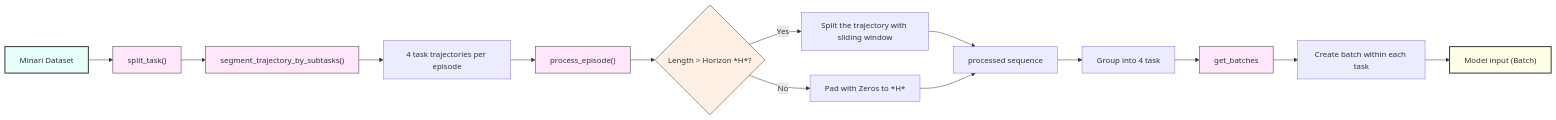
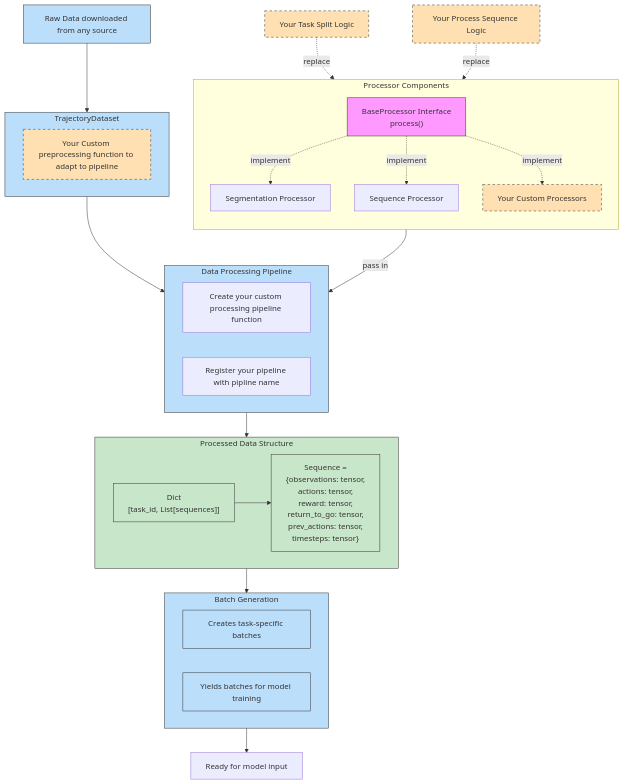
One commit to KevinBian107/Latent-Planning-as-Optimization changed the first of 6 diagrams in data/data_schema.md. Above: the diagram before and after it, drawn with Mermaid. The commit also changed other lines of this file and 9 other files, not shown here.

````diff
--- a/data/data_schema.md
+++ b/data/data_schema.md
@@ -3,41 +3,54 @@
 ```mermaid
-graph LR
-    %% Load and Start
-    A1["Minari Dataset"] --> B1["split_task()"]
+flowchart TD
+    %% High level flow
+    RawData[Raw Data downloaded from any source] --> DatasetAdapter
+    DatasetAdapter --> DataProcessor
+    DataProcessor --> ProcessedData
+    ProcessedData --> BatchGenerator
+    BatchGenerator --> TrainingBatches[Ready for model input]
+
+    %% Key components expanded
+    subgraph DatasetAdapter[TrajectoryDataset]
+        DA_Custom["Your Custom preprocessing function to adapt to pipeline"]
+    end
     
-    %% Split into subtrajectories
-    B1 --> C1["segment_trajectory_by_subtasks()"]
-    C1 --> C2["4 task trajectories per episode"]
+    subgraph DataProcessor[Data Processing Pipeline]
+        DP_Process["Create your custom processing pipeline function"]
+        DP_Registry["Register your pipeline with pipline name"]
+    end
 
-    %% Sliding window or padding
-    C2 --> D1["process_episode()"]
-    D1 --> D2{"Length > Horizon *H*?"}
-    D2 -- Yes --> D3["Split the trajectory with sliding window"]
-    D2 -- No --> D4["Pad with Zeros to *H*"]
-
-    %% Processed sequences
-    D3 --> E1["processed sequence"]
-    D4 --> E1
-
-    %% Group by task
-    E1 --> F1["Group into 4 task"]
-
-    F1 --> G1["get_batches"]
-
-    %% Batch creation
-    G1 --> H1["Create batch within each task"]
-
-    %% Model Input
-    H1 --> I1["Model input (Batch)"]
-
-    %% Styling
-    classDef main fill:#e6fffa,stroke:#333,stroke-width:2px
-    classDef decision fill:#fff0e6,stroke:#333,stroke-width:1px
-    classDef output fill:#ffffe6,stroke:#333,stroke-width:2px
-    classDef function fill:#ffe6fa,stroke:#333,stroke-width:1px
-
-    class A1 main
-    class B1,C1,D1,G1 function
-    class I1 output
-    class D2 decision
+    subgraph Processors[Processor Components]
+        direction TB
+        PC_Base["BaseProcessor Interface <br> process()"]
+        PC_Base -.->|implement| PC_Segment["Segmentation Processor"]
+        PC_Base -.->|implement| PC_Sequence["Sequence Processor"]
+        PC_Base -.->|implement| PC_Custom["Your Custom Processors"]
+    end
+    
+    Processors -->|pass in| DataProcessor
+    
+    subgraph ProcessedData[Processed Data Structure]
+        PD_Dict["Dict<br>[task_id, List[sequences]]"]
+        PD_Sequence["Sequence = <br>{observations: tensor,<br>actions: tensor,<br>reward: tensor,<br>return_to_go: tensor,<br>prev_actions: tensor,<br>timesteps: tensor}"]
+        PD_Dict --> PD_Sequence
+    end
+    
+    subgraph BatchGenerator[Batch Generation]
+        BG_Create["Creates task-specific batches"]
+        BG_Iterate["Yields batches for model training"]
+    end
+    
+    %% Extension points
+    ExtensionPoints1["Your Task Split Logic"] -.->|replace| PC_Segment
+    ExtensionPoints2["Your Process Sequence Logic"] -.->|replace| PC_Sequence
+    
+    classDef interface fill:#f9f,stroke:#333,stroke-width:1px
+    classDef component fill:#bbdefb,stroke:#333,stroke-width:1px
+    classDef dataStructure fill:#c8e6c9,stroke:#333,stroke-width:1px
+    classDef extensionPoint fill:#ffe0b2,stroke:#333,stroke-width:1px,stroke-dasharray: 5 5
+    
+    class DA_Preprocess,PC_Base interface
+    class RawData,DatasetAdapter,DataProcessor,BatchGenerator,BG_Create,BG_Iterate component
+    class ProcessedData,PD_Dict,PD_Sequence dataStructure
+    class ExtensionPoints1,ExtensionPoints2,DA_Custom,PC_Custom extensionPoint
 ```
````
